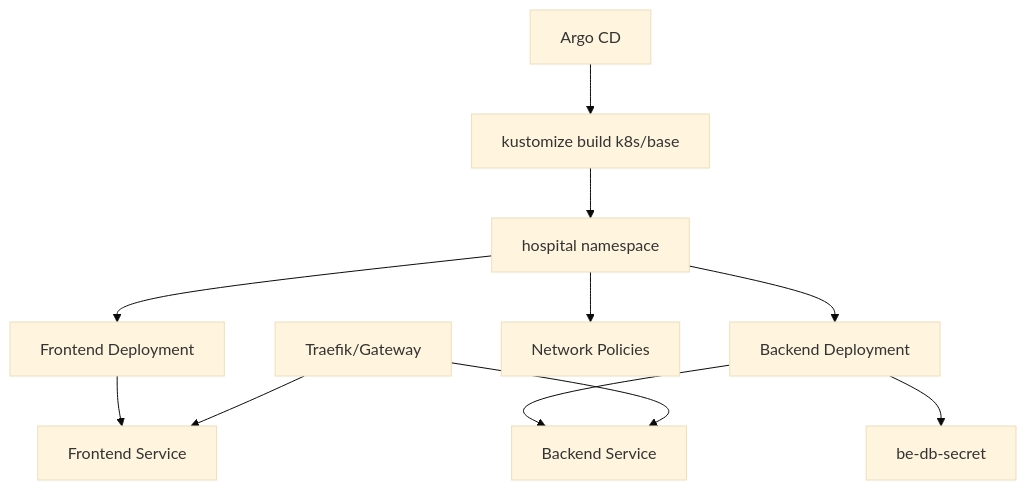
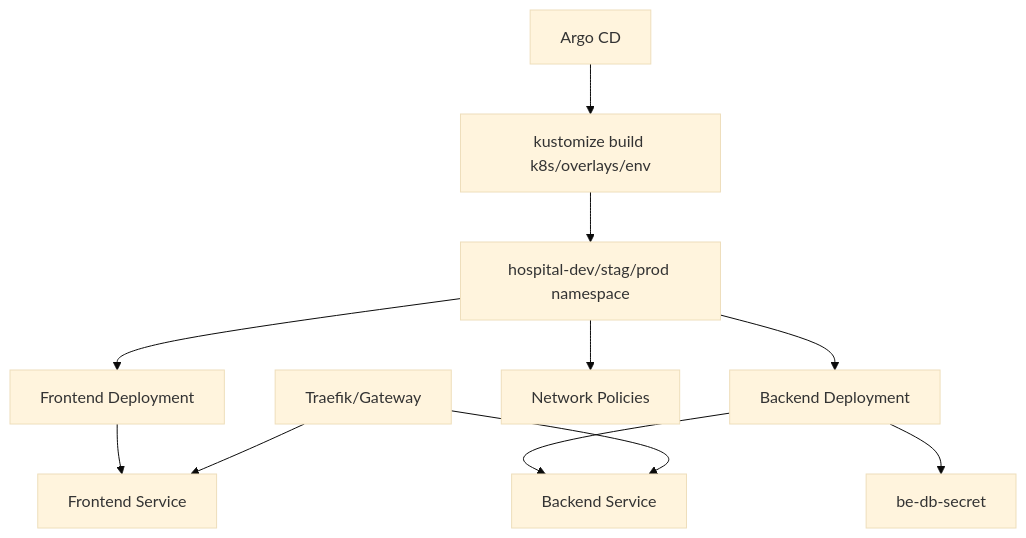
Before and after one commit to Kien-devops/eks-cicd-argocd-sec-monitor: the first of 2 diagrams in k8s/README.md, drawn with Mermaid (base theme). The commit also changed other lines of this file and 8 other files, not shown here.

````diff
--- a/k8s/README.md
+++ b/k8s/README.md
@@ -13,13 +13,13 @@
 ```mermaid
 flowchart TB
-  argocd[Argo CD] --> kustomize[kustomize build k8s/base]
-  kustomize --> ns[hospital namespace]
+  argocd[Argo CD] --> kustomize[kustomize build k8s/overlays/env]
+  kustomize --> ns[hospital-dev/stag/prod namespace]
   ns --> fe[Frontend Deployment]
   ns --> be[Backend Deployment]
   fe --> fesvc[Frontend Service]
   be --> besvc[Backend Service]
   be --> secret[be-db-secret]
   ns --> np[Network Policies]
   ingress[Traefik/Gateway] --> fesvc
   ingress --> besvc
 ```
````
